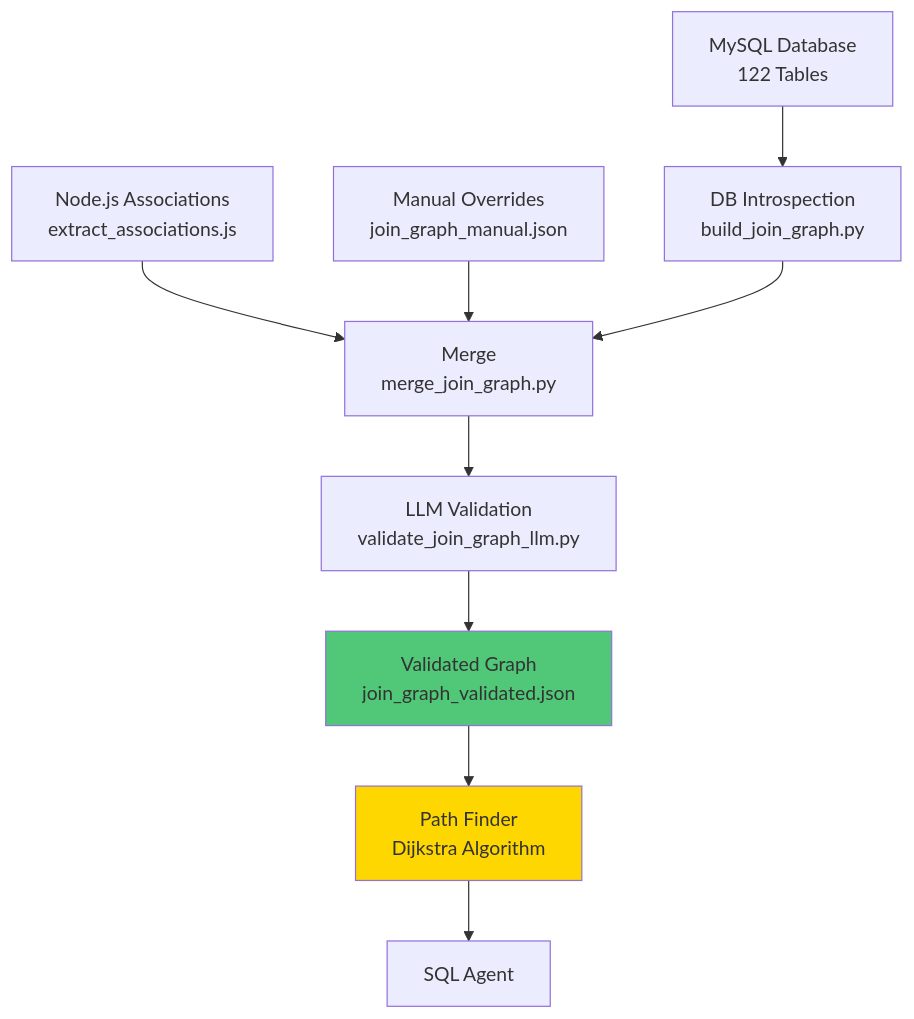
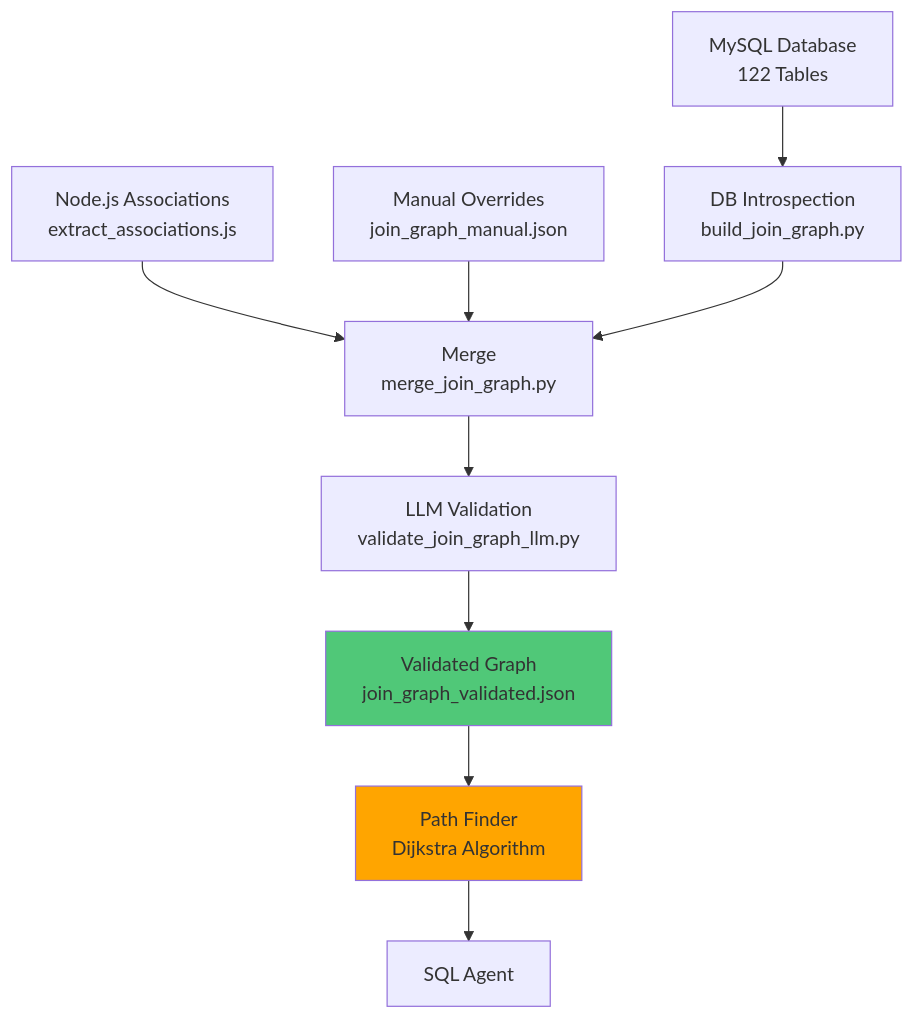
Before and after one commit to sandinosaso/advanced-ai-agent: the sixth of 12 diagrams in docs/ARCHITECTURE.md, drawn with Mermaid. The commit also changed other lines of this file and 114 other files, not shown here.

````diff
--- a/docs/ARCHITECTURE.md
+++ b/docs/ARCHITECTURE.md
@@ -162,15 +242,15 @@
 ```mermaid
 graph TB
     A[MySQL Database<br/>122 Tables] --> B[DB Introspection<br/>build_join_graph.py]
     C[Node.js Associations<br/>extract_associations.js] --> D[Merge<br/>merge_join_graph.py]
     E[Manual Overrides<br/>join_graph_manual.json] --> D
     B --> D
     D --> F[LLM Validation<br/>validate_join_graph_llm.py]
     F --> G[Validated Graph<br/>join_graph_validated.json]
     
     G --> H[Path Finder<br/>Dijkstra Algorithm]
     H --> I[SQL Agent]
     
     style G fill:#50C878
-    style H fill:#FFD700
+    style H fill:#FFA500
 ```
````
